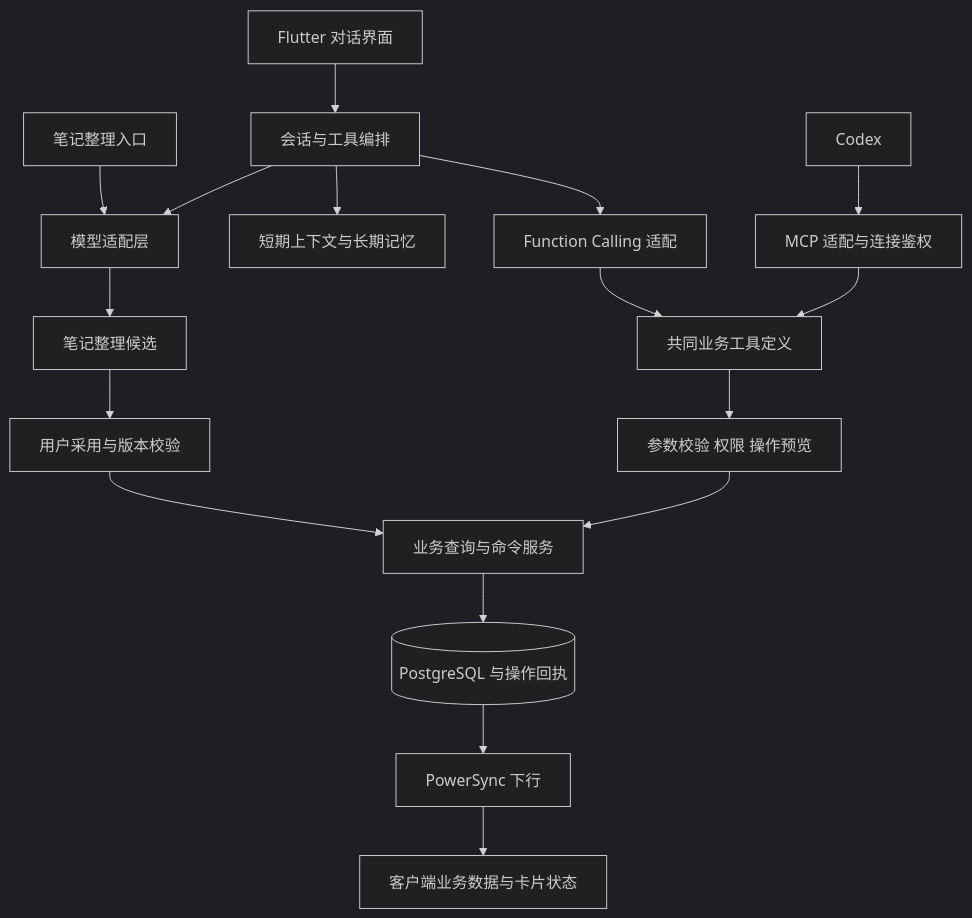
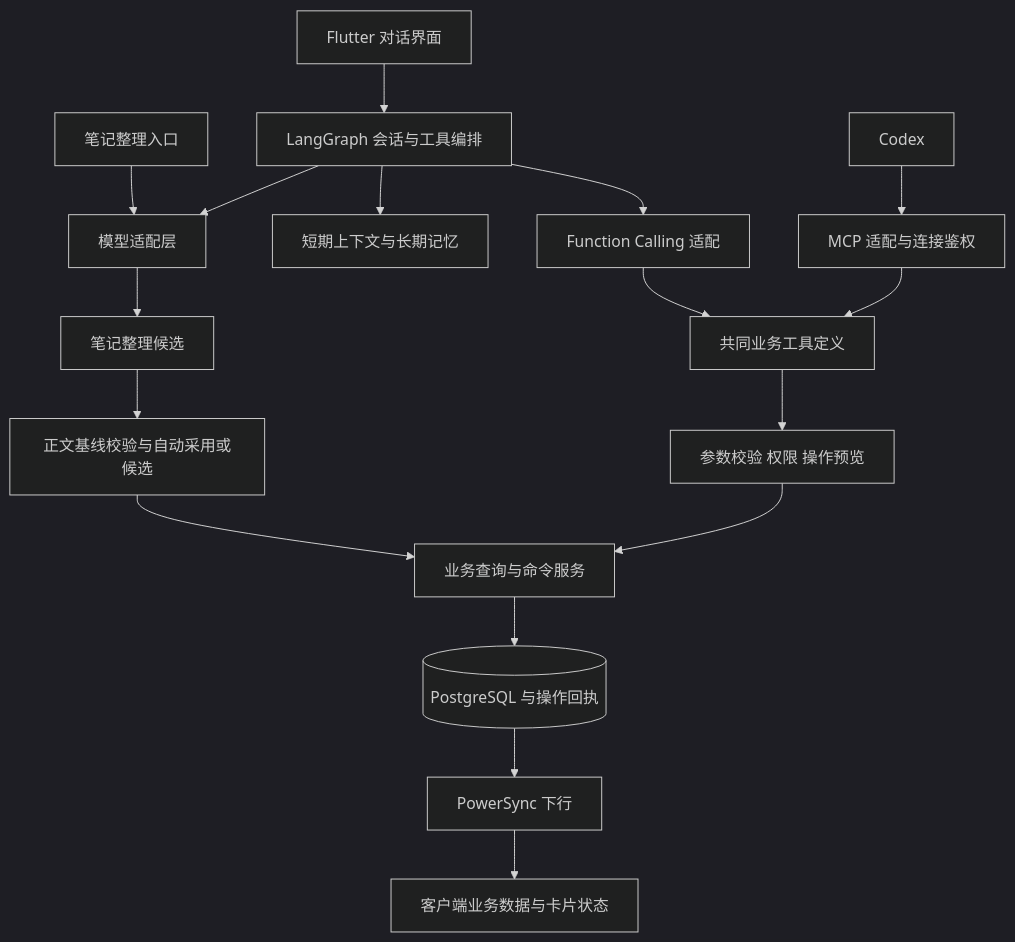
One commit to ybh-ybh/omni-butler changed the diagram in spec/AI助手PRD.md. Above: the diagram before and after it, drawn with Mermaid (dark theme). The commit also changed other lines of this file and 93 other files, not shown here.

````diff
--- a/spec/AI助手PRD.md
+++ b/spec/AI助手PRD.md
@@ -106,19 +108,19 @@
 ```mermaid
 flowchart TD
     Note[笔记整理入口] --> Model[模型适配层]
-    Chat[Flutter 对话界面] --> Runner[会话与工具编排]
+    Chat[Flutter 对话界面] --> Runner[LangGraph 会话与工具编排]
     Runner --> Model
     Runner --> Context[短期上下文与长期记忆]
     Runner --> Function[Function Calling 适配]
     Codex[Codex] --> MCP[MCP 适配与连接鉴权]
     Function --> Tools[共同业务工具定义]
     MCP --> Tools
     Tools --> Gate[参数校验 权限 操作预览]
     Gate --> Domain[业务查询与命令服务]
     Domain --> DB[(PostgreSQL 与操作回执)]
     DB --> Sync[PowerSync 下行]
     Sync --> Client[客户端业务数据与卡片状态]
     Model --> Candidate[笔记整理候选]
-    Candidate --> Adopt[用户采用与版本校验]
+    Candidate --> Adopt[正文基线校验与自动采用或候选]
     Adopt --> Domain
 ```
````
